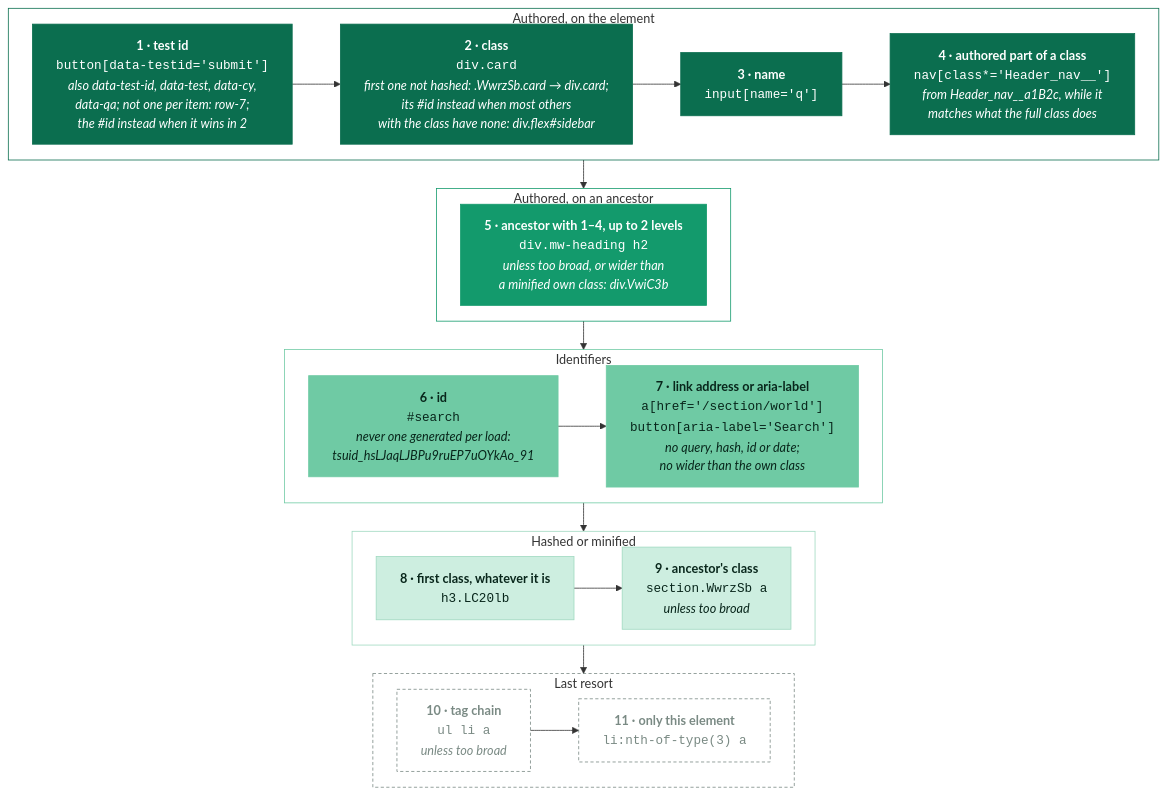
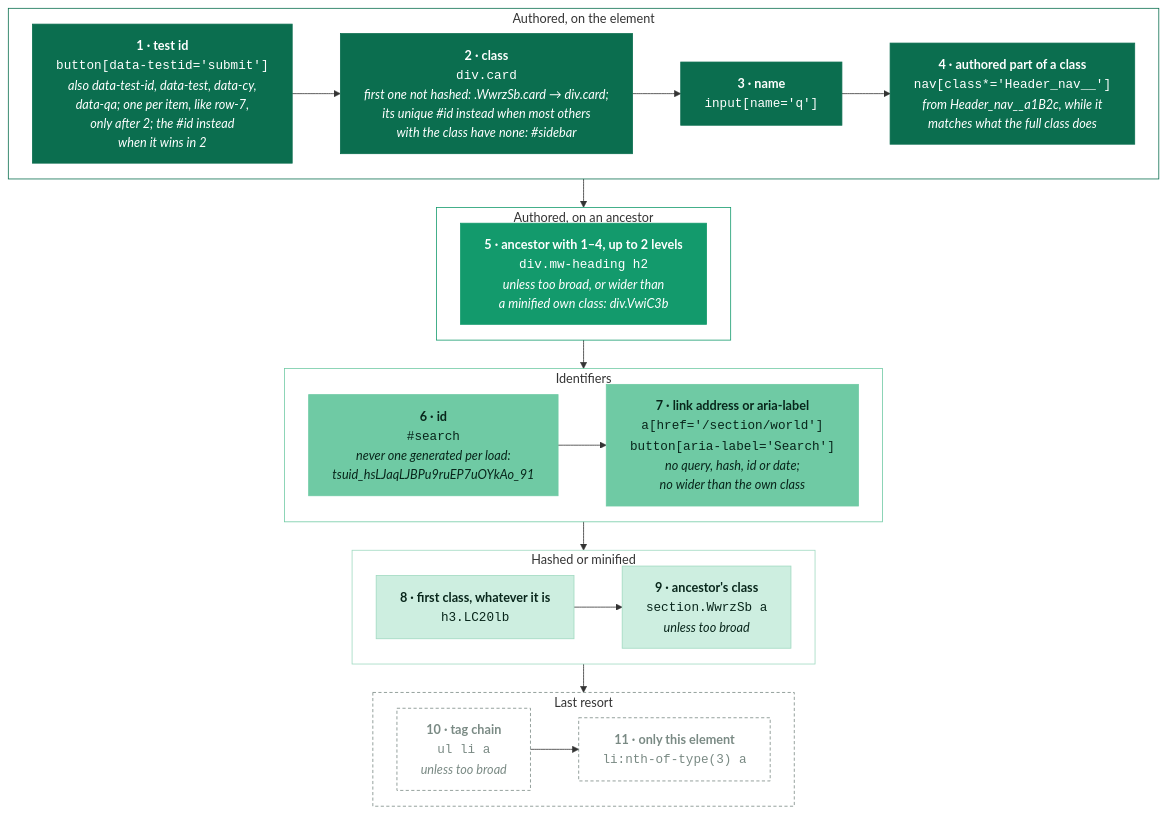
The diagram in docs/selectors.md (ankit/stylebot), drawn with Mermaid before and after one commit. The commit also changed other lines of this file, not shown here.

Commit message:
docs(selectors): place per-item test ids and list every offered selector

````diff
--- a/docs/selectors.md
+++ b/docs/selectors.md
@@ -14,51 +14,51 @@
 ```mermaid
 %%{init: {"flowchart": {"curve": "basis", "nodeSpacing": 20, "rankSpacing": 36, "wrappingWidth": 320}, "themeCSS": "g.node code { font-family: ui-monospace, SFMono-Regular, Menlo, monospace; font-size: 12px; padding: 1px 6px; border-radius: 4px; white-space: nowrap; } g.t1 code, g.t2 code { background: rgba(255,255,255,0.16); } g.t3 code, g.t4 code { background: rgba(8,38,27,0.10); } g.t5 code { background: rgba(122,138,132,0.14); } g.node i { font-size: 11px; opacity: 0.85; }"}}%%
 flowchart TB
     subgraph authored["Authored, on the element"]
         direction LR
-        S1["<b>1 · test id</b><br/><code>button[data-testid='submit']</code><br/><i>also data-test-id, data-test, data-cy,<br/>data-qa; not one per item: row-7;<br/>the #id instead when it wins in 2</i>"]
-        S2["<b>2 · class</b><br/><code>div.card</code><br/><i>first one not hashed: .WwrzSb.card → div.card;<br/>its #id instead when most others<br/>with the class have none: div.flex#sidebar</i>"]
+        S1["<b>1 · test id</b><br/><code>button[data-testid='submit']</code><br/><i>also data-test-id, data-test, data-cy,<br/>data-qa; one per item, like row-7,<br/>only after 2; the #id instead<br/>when it wins in 2</i>"]
+        S2["<b>2 · class</b><br/><code>div.card</code><br/><i>first one not hashed: .WwrzSb.card → div.card;<br/>its unique #id instead when most others<br/>with the class have none: #sidebar</i>"]
         S3["<b>3 · name</b><br/><code>input[name='q']</code>"]
         S4["<b>4 · authored part of a class</b><br/><code>nav[class*='Header_nav__']</code><br/><i>from Header_nav__a1B2c, while it<br/>matches what the full class does</i>"]
         S1 --> S2 --> S3 --> S4
     end
     subgraph scoped["Authored, on an ancestor"]
         direction LR
         S5["<b>5 · ancestor with 1–4, up to 2 levels</b><br/><code>div.mw-heading h2</code><br/><i>unless too broad, or wider than<br/>a minified own class: div.VwiC3b</i>"]
     end
     subgraph ids["Identifiers"]
         direction LR
         S6["<b>6 · id</b><br/><code>#search</code><br/><i>never one generated per load:<br/>tsuid_hsLJaqLJBPu9ruEP7uOYkAo_91</i>"]
         S7["<b>7 · link address or aria-label</b><br/><code>a[href='/section/world']</code><br/><code>button[aria-label='Search']</code><br/><i>no query, hash, id or date;<br/>no wider than the own class</i>"]
         S6 --> S7
     end
     subgraph hashed["Hashed or minified"]
         direction LR
         S8["<b>8 · first class, whatever it is</b><br/><code>h3.LC20lb</code>"]
         S9["<b>9 · ancestor's class</b><br/><code>section.WwrzSb a</code><br/><i>unless too broad</i>"]
         S8 --> S9
     end
     subgraph last["Last resort"]
         direction LR
         S10["<b>10 · tag chain</b><br/><code>ul li a</code><br/><i>unless too broad</i>"]
         S11["<b>11 · only this element</b><br/><code>li:nth-of-type(3) a</code>"]
         S10 --> S11
     end
     authored --> scoped --> ids --> hashed --> last
 
     classDef t1 fill:#0b6e4f,stroke:#0b6e4f,color:#ffffff
     classDef t2 fill:#139a6c,stroke:#139a6c,color:#ffffff
     classDef t3 fill:#6fcaa4,stroke:#6fcaa4,color:#08261b
     classDef t4 fill:#cdeee0,stroke:#9fd9c0,color:#08261b
     classDef t5 fill:transparent,stroke:#7a8a84,stroke-dasharray:4 3,color:#7a8a84
     class S1,S2,S3,S4 t1
     class S5 t2
     class S6,S7 t3
     class S8,S9 t4
     class S10,S11 t5
     style authored fill:transparent,stroke:#0b6e4f,stroke-width:1px
     style scoped fill:transparent,stroke:#139a6c,stroke-width:1px
     style ids fill:transparent,stroke:#6fcaa4,stroke-width:1px
     style hashed fill:transparent,stroke:#9fd9c0,stroke-width:1px
     style last fill:transparent,stroke:#7a8a84,stroke-width:1px,stroke-dasharray:4 3
 ```
````
